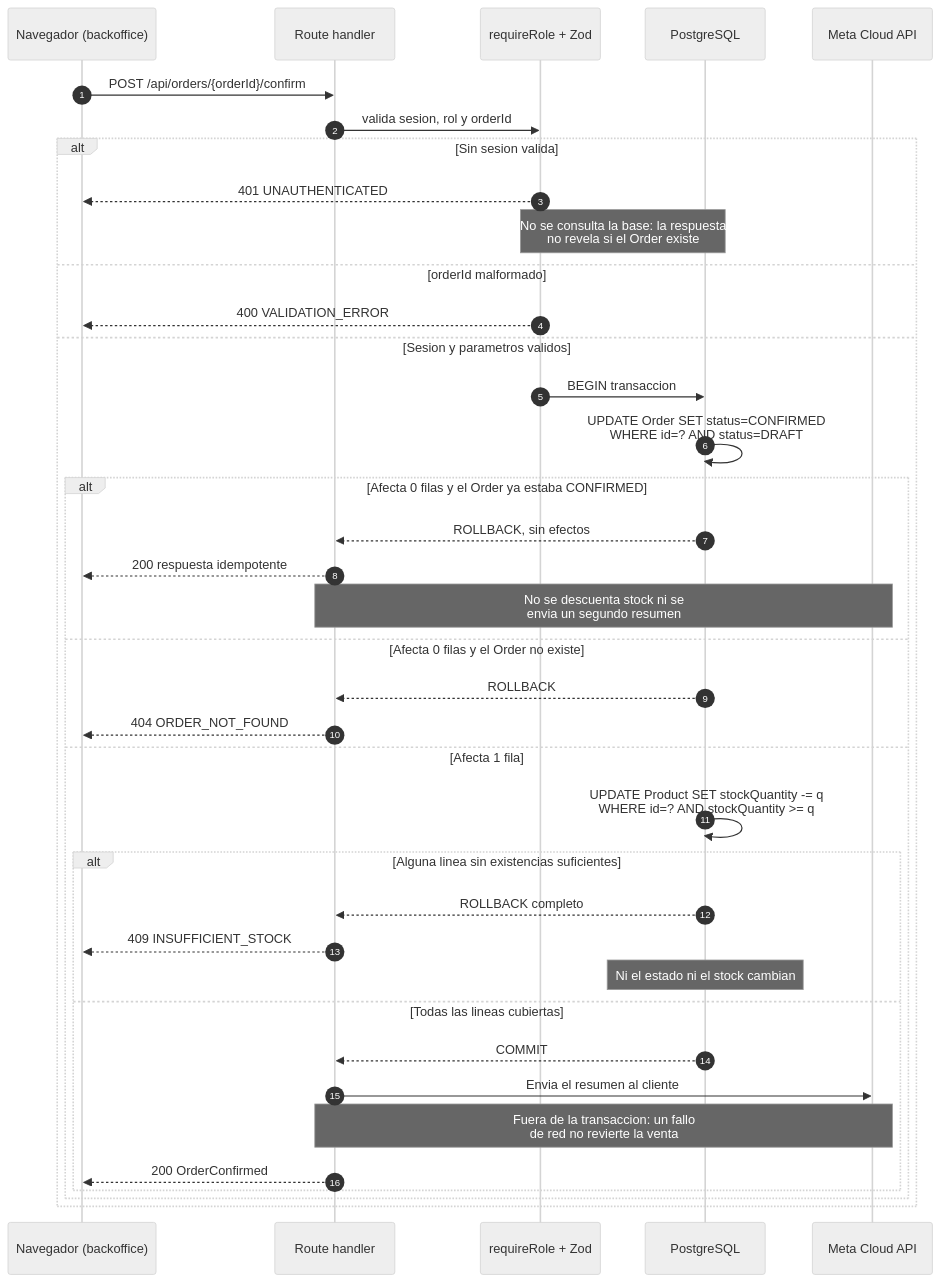
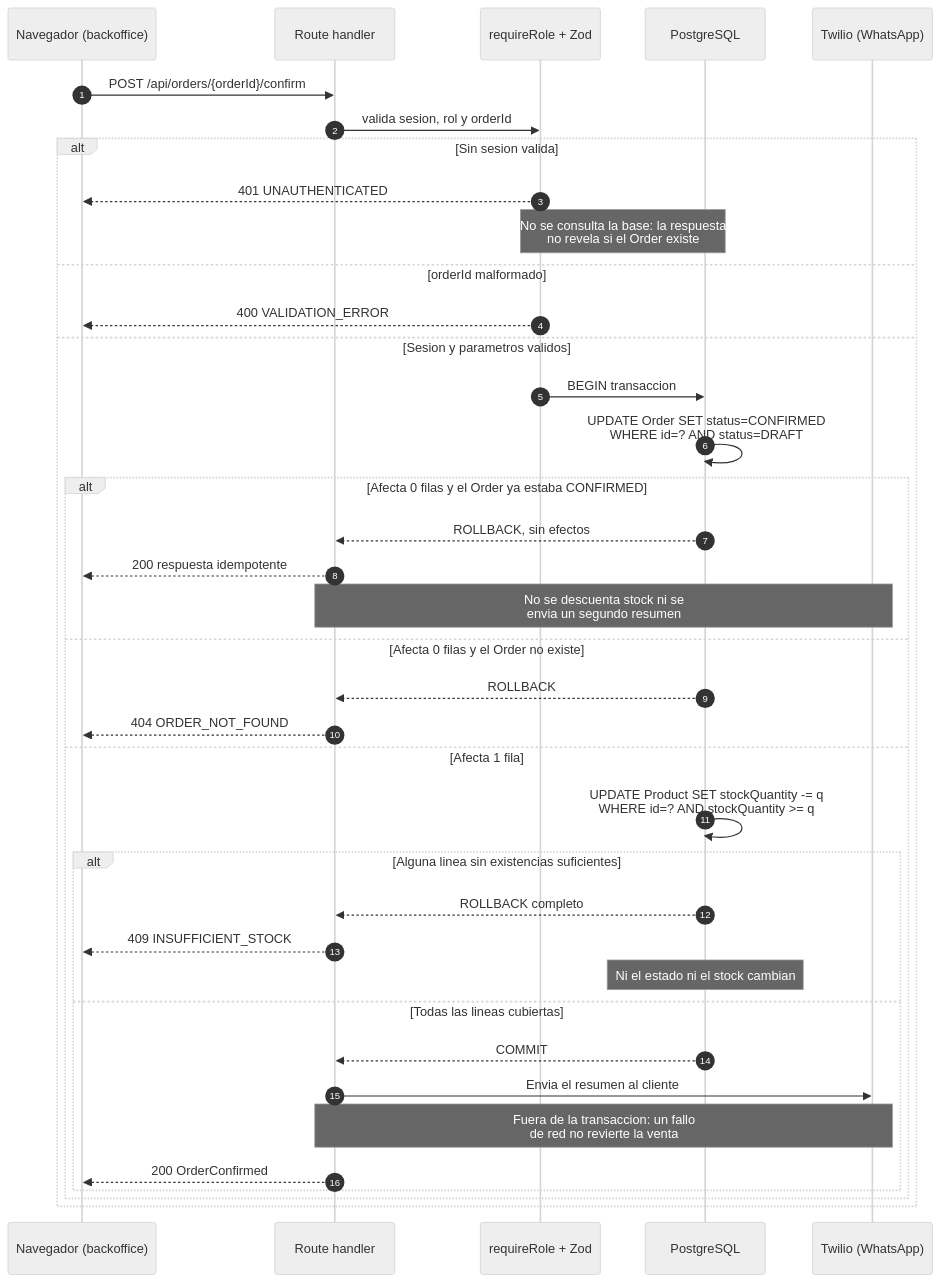
The seventh of 7 diagrams in readme.md (fedewagner/SRS-Carnik), drawn with Mermaid (neutral theme) before and after one commit. The commit also changed other lines of this file and 9 other files, not shown here.

````diff
--- a/readme.md
+++ b/readme.md
@@ -1851,44 +1951,44 @@
 ```mermaid
 sequenceDiagram
     autonumber
     participant N as Navegador (backoffice)
     participant A as Route handler
     participant G as requireRole + Zod
     participant D as PostgreSQL
-    participant W as Meta Cloud API
+    participant W as Twilio (WhatsApp)
 
     N->>A: POST /api/orders/{orderId}/confirm
     A->>G: valida sesion, rol y orderId
 
     alt Sin sesion valida
         G-->>N: 401 UNAUTHENTICATED
         Note over G,D: No se consulta la base: la respuesta<br/>no revela si el Order existe
     else orderId malformado
         G-->>N: 400 VALIDATION_ERROR
     else Sesion y parametros validos
         G->>D: BEGIN transaccion
         D->>D: UPDATE Order SET status=CONFIRMED<br/>WHERE id=? AND status=DRAFT
 
         alt Afecta 0 filas y el Order ya estaba CONFIRMED
             D-->>A: ROLLBACK, sin efectos
             A-->>N: 200 respuesta idempotente
             Note over A,W: No se descuenta stock ni se<br/>envia un segundo resumen
         else Afecta 0 filas y el Order no existe
             D-->>A: ROLLBACK
             A-->>N: 404 ORDER_NOT_FOUND
         else Afecta 1 fila
             D->>D: UPDATE Product SET stockQuantity -= q<br/>WHERE id=? AND stockQuantity >= q
 
             alt Alguna linea sin existencias suficientes
                 D-->>A: ROLLBACK completo
                 A-->>N: 409 INSUFFICIENT_STOCK
                 Note over D: Ni el estado ni el stock cambian
             else Todas las lineas cubiertas
                 D-->>A: COMMIT
                 A->>W: Envia el resumen al cliente
                 Note over A,W: Fuera de la transaccion: un fallo<br/>de red no revierte la venta
                 A-->>N: 200 OrderConfirmed
             end
         end
     end
 ```
````
